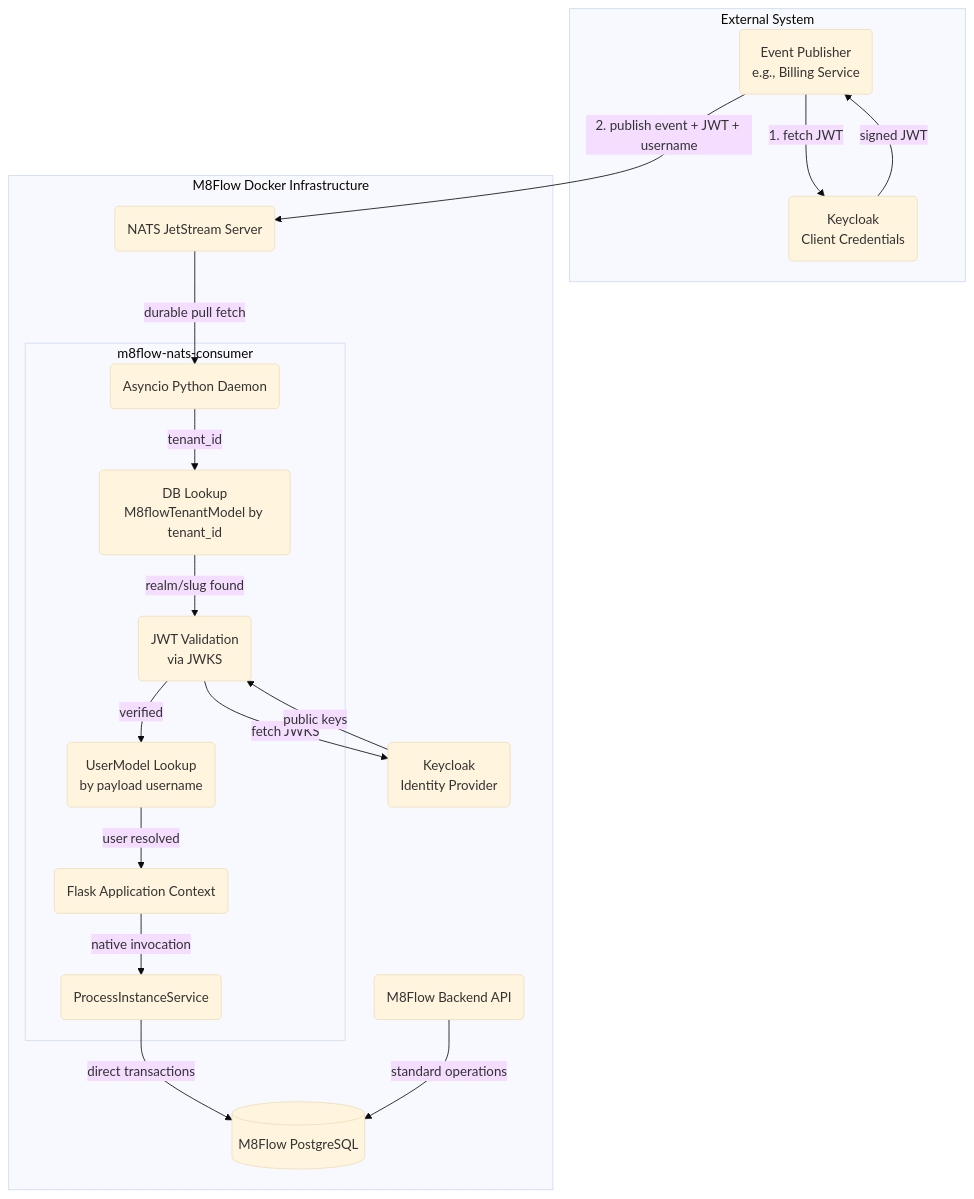
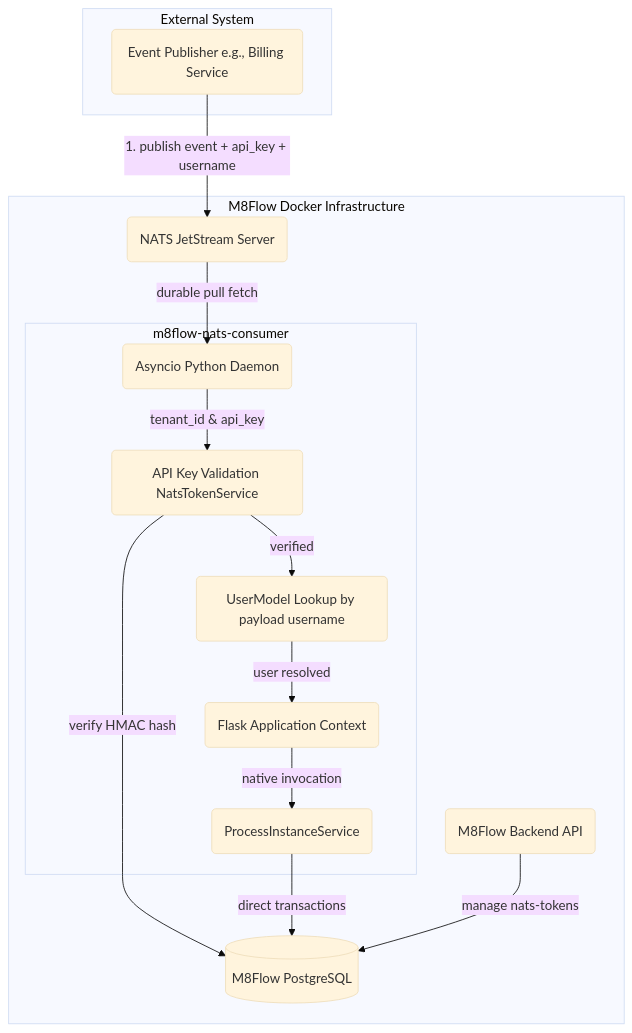
The first of 2 diagrams in docs/event-driven/event-driven-architecture.md (AOT-Technologies/m8flow), drawn with Mermaid (base theme) before and after one commit. The commit also changed other lines of this file and 6 other files, not shown here.

Commit message:
feat: Implement API key authentication for NATS event publishing and consumption using `NatsTokenService`.

````diff
--- a/docs/event-driven/event-driven-architecture.md
+++ b/docs/event-driven/event-driven-architecture.md
@@ -9,39 +9,32 @@
 ```mermaid
 flowchart TB
     subgraph External[External System]
-        Publisher(Event Publisher\ne.g., Billing Service)
-        Keycloak_fetch(Keycloak\nClient Credentials)
+        Publisher(Event Publisher e.g., Billing Service)
     end
 
     subgraph Infrastructure[M8Flow Docker Infrastructure]
         NATS(NATS JetStream Server)
-        Keycloak(Keycloak\nIdentity Provider)
 
         subgraph Consumer[m8flow-nats-consumer]
             Daemon(Asyncio Python Daemon)
-            RealmLookup(DB Lookup\nM8flowTenantModel by tenant_id)
-            Auth(JWT Validation\nvia JWKS)
-            UserLookup(UserModel Lookup\nby payload username)
+            Auth(API Key Validation NatsTokenService)
+            UserLookup(UserModel Lookup by payload username)
             FlaskCtx(Flask Application Context)
             SpiffSvc(ProcessInstanceService)
 
-            Daemon -->|tenant_id| RealmLookup
-            RealmLookup -->|realm/slug found| Auth
+            Daemon -->|tenant_id & api_key| Auth
             Auth -->|verified| UserLookup
             UserLookup -->|user resolved| FlaskCtx
             FlaskCtx -->|native invocation| SpiffSvc
         end
 
         DB[(M8Flow PostgreSQL)]
         Backend(M8Flow Backend API)
     end
 
-    Publisher -->|1. fetch JWT| Keycloak_fetch
-    Keycloak_fetch -->|signed JWT| Publisher
-    Publisher -->|2. publish event + JWT + username| NATS
+    Publisher -->|1. publish event + api_key + username| NATS
     NATS -->|durable pull fetch| Daemon
-    Auth -->|fetch JWKS| Keycloak
-    Keycloak -->|public keys| Auth
+    Auth -->|verify HMAC hash| DB
     SpiffSvc -->|direct transactions| DB
-    Backend -->|standard operations| DB
+    Backend -->|manage nats-tokens| DB
 ```
````
